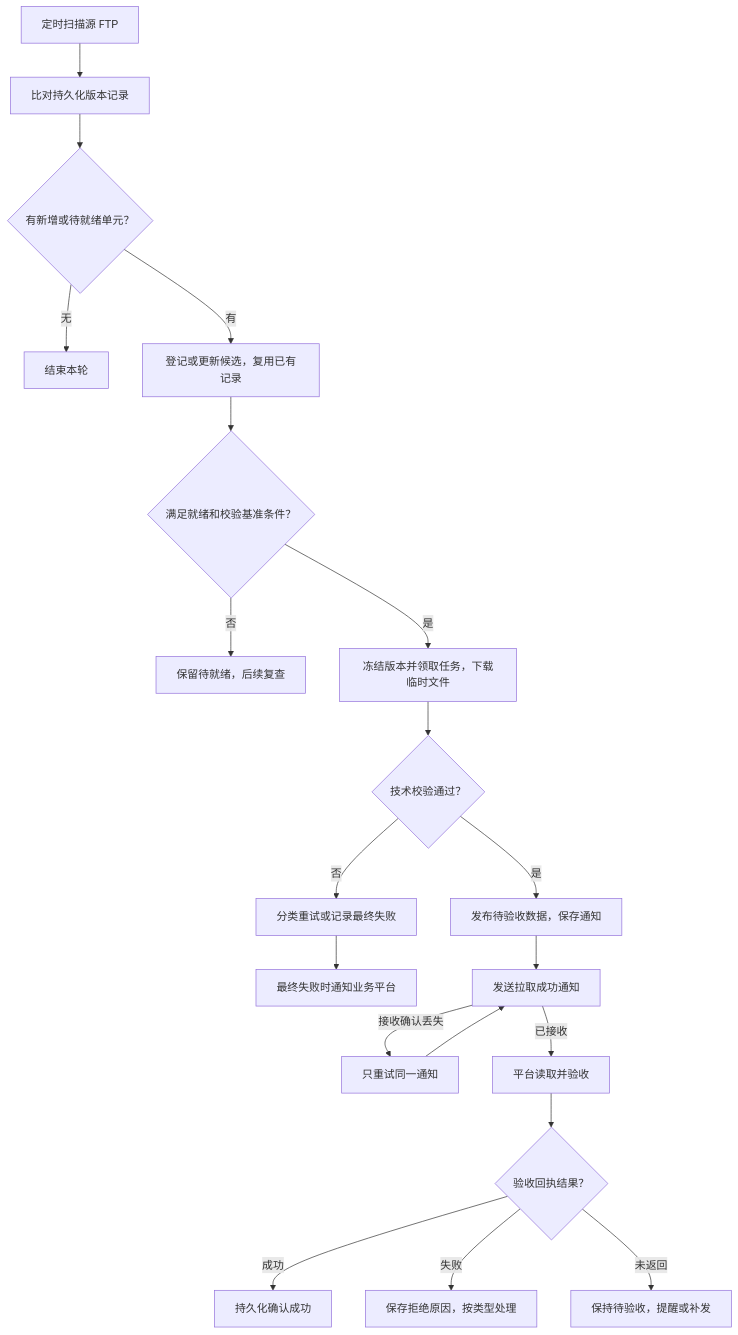
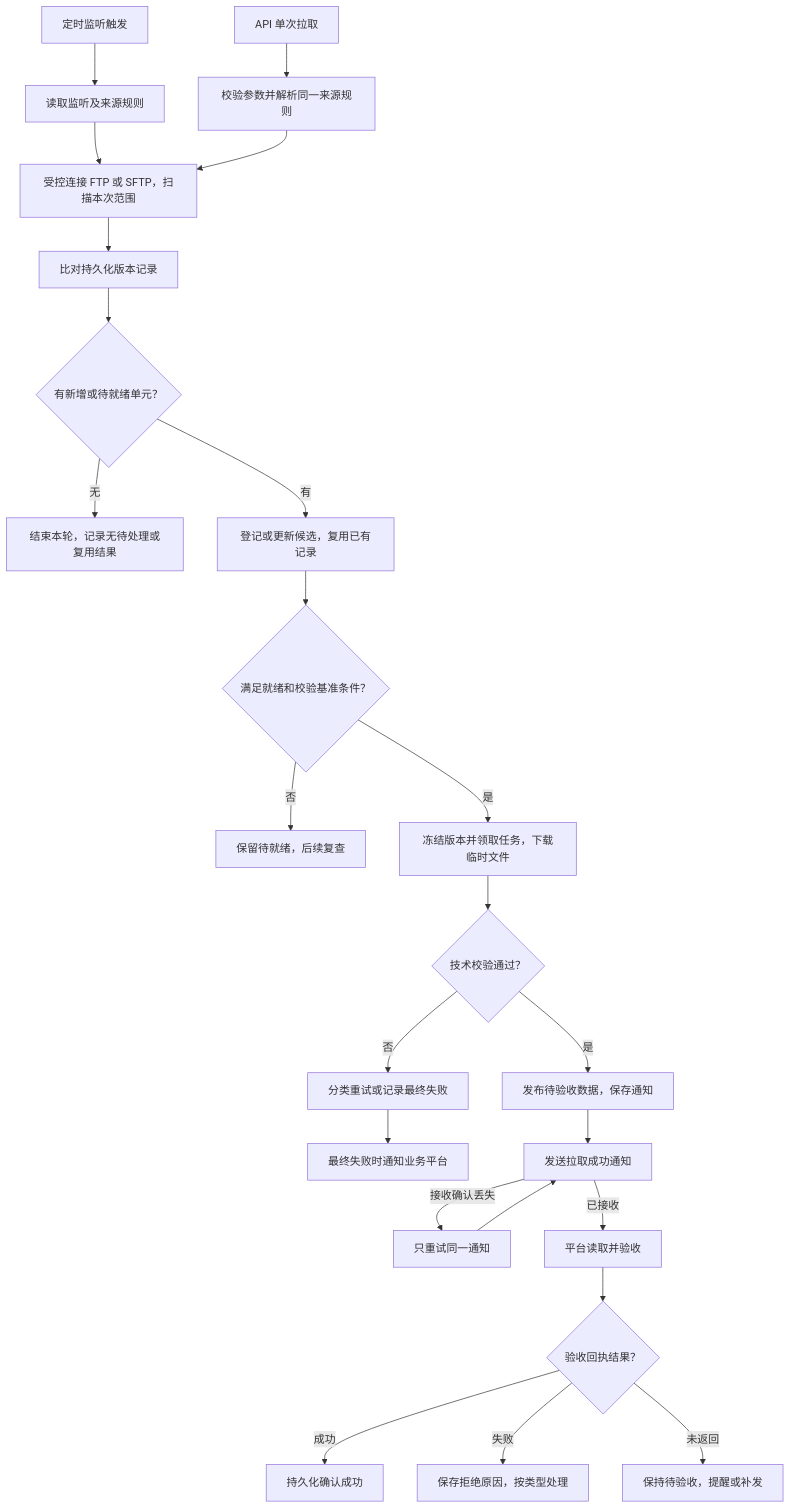
The diagram in doc/02_拉取流程.md (breezePeak/sharing_platform), drawn with Mermaid before and after one commit. The commit also changed other lines of this file and 48 other files, not shown here.

````diff
--- a/doc/02_拉取流程.md
+++ b/doc/02_拉取流程.md
@@ -97,22 +143,26 @@
 ```mermaid
 flowchart TD
-    A["定时扫描源 FTP"] --> B["比对持久化版本记录"]
+    A["定时监听触发"] --> A1["读取监听及来源规则"]
+    A0["API 单次拉取"] --> A2["校验参数并解析同一来源规则"]
+    A1 --> A3["受控连接 FTP 或 SFTP，扫描本次范围"]
+    A2 --> A3
+    A3 --> B["比对持久化版本记录"]
     B --> C{"有新增或待就绪单元？"}
-    C -->|无| D["结束本轮"]
+    C -->|无| D["结束本轮，记录无待处理或复用结果"]
     C -->|有| E["登记或更新候选，复用已有记录"]
     E --> F{"满足就绪和校验基准条件？"}
     F -->|否| G["保留待就绪，后续复查"]
     F -->|是| H["冻结版本并领取任务，下载临时文件"]
     H --> I{"技术校验通过？"}
     I -->|否| J["分类重试或记录最终失败"]
     J --> K["最终失败时通知业务平台"]
     I -->|是| L["发布待验收数据，保存通知"]
     L --> M["发送拉取成功通知"]
     M -->|接收确认丢失| N["只重试同一通知"]
     N --> M
     M -->|已接收| O["平台读取并验收"]
     O --> P{"验收回执结果？"}
     P -->|成功| Q["持久化确认成功"]
     P -->|失败| R["保存拒绝原因，按类型处理"]
     P -->|未返回| S["保持待验收，提醒或补发"]
 ```
````
